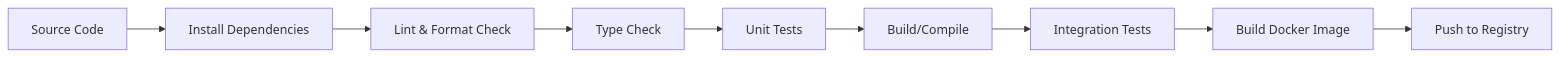
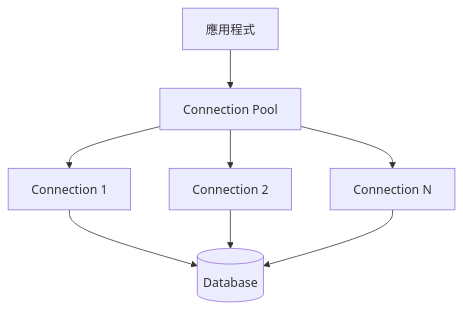
Diagram 18 of 30 in content/posts/教學/framework/Node.js生態系教學手冊.md (chihhung/Blog), drawn with Mermaid before and after one commit. The commit also changed other lines of this file, not shown here.

````diff
--- a/content/posts/教學/framework/Node.js生態系教學手冊.md
+++ b/content/posts/教學/framework/Node.js生態系教學手冊.md
@@ -3929,11 +5990,10 @@
 ```mermaid
-graph LR
-    A[Source Code] --> B[Install Dependencies]
-    B --> C[Lint & Format Check]
-    C --> D[Type Check]
-    D --> E[Unit Tests]
-    E --> F[Build/Compile]
-    F --> G[Integration Tests]
-    G --> H[Build Docker Image]
-    H --> I[Push to Registry]
+graph TD
+    A[應用程式] --> B[Connection Pool]
+    B --> C[Connection 1]
+    B --> D[Connection 2]
+    B --> E[Connection N]
+    C --> F[(Database)]
+    D --> F
+    E --> F
 ```
````
